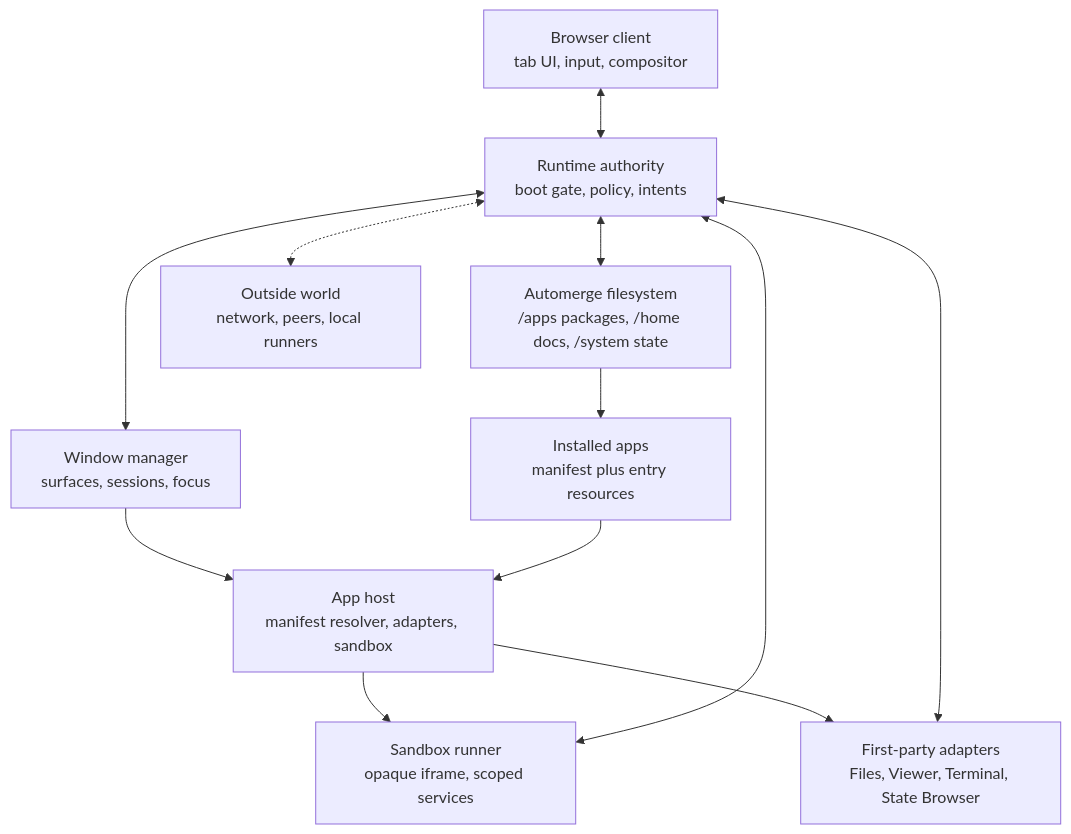
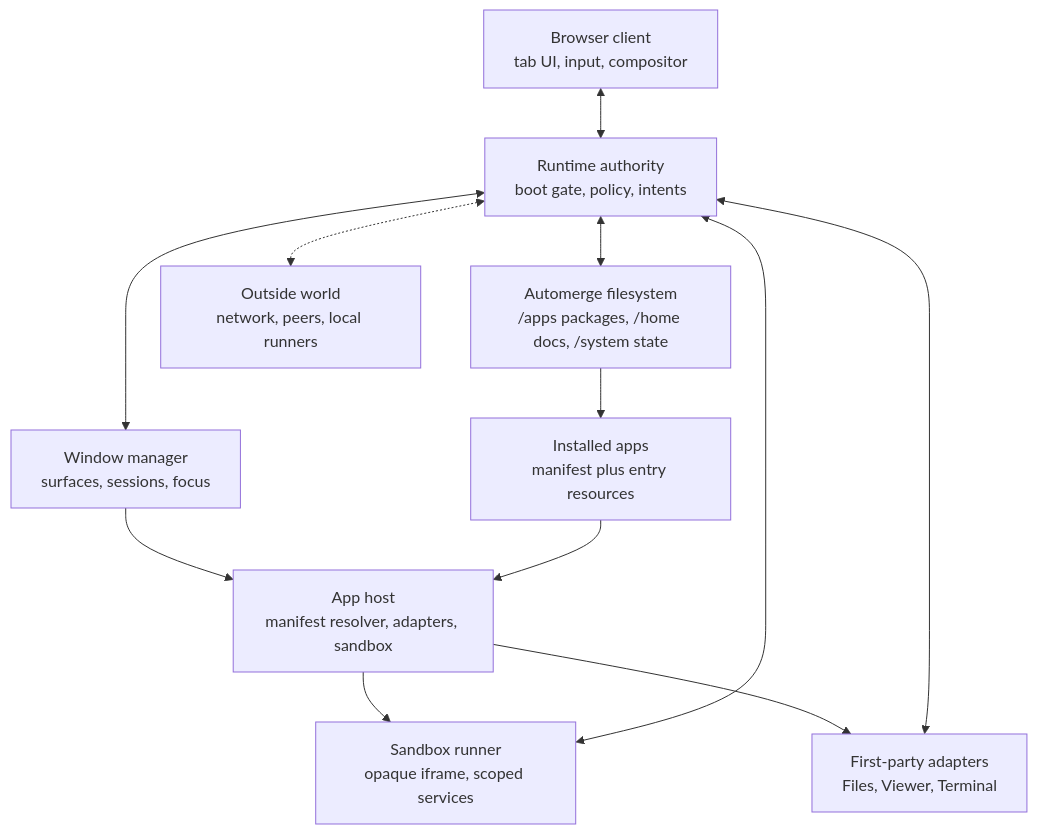
Before and after one commit to neftaly/patchpit: the diagram in docs/architecture.md, drawn with Mermaid. The commit also changed 20 other files, not shown here.

````diff
--- a/docs/architecture.md
+++ b/docs/architecture.md
@@ -1,33 +1,33 @@
 ```mermaid
 flowchart TB
   Browser["Browser client
 tab UI, input, compositor"]
   Runtime["Runtime authority
 boot gate, policy, intents"]
   Filesystem["Automerge filesystem
 /apps packages, /home docs, /system state"]
   Window["Window manager
 surfaces, sessions, focus"]
   Host["App host
 manifest resolver, adapters, sandbox"]
   Packages["Installed apps
 manifest plus entry resources"]
   Sandbox["Sandbox runner
 opaque iframe, scoped services"]
   Adapters["First-party adapters
-Files, Viewer, Terminal, State Browser"]
+Files, Viewer, Terminal"]
   External["Outside world
 network, peers, local runners"]
 
   Browser <--> Runtime
   Runtime <--> Filesystem
   Runtime <--> Window
   Filesystem --> Packages
   Window --> Host
   Packages --> Host
   Host --> Sandbox
   Host --> Adapters
   Sandbox <--> Runtime
   Adapters <--> Runtime
   Runtime <-.-> External
 ```
````
